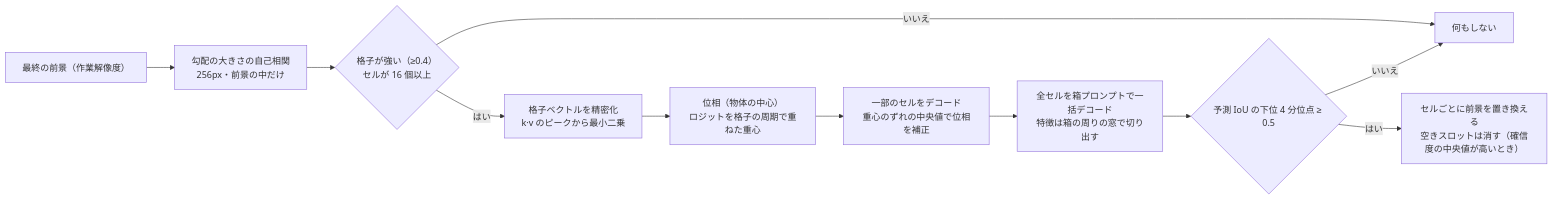
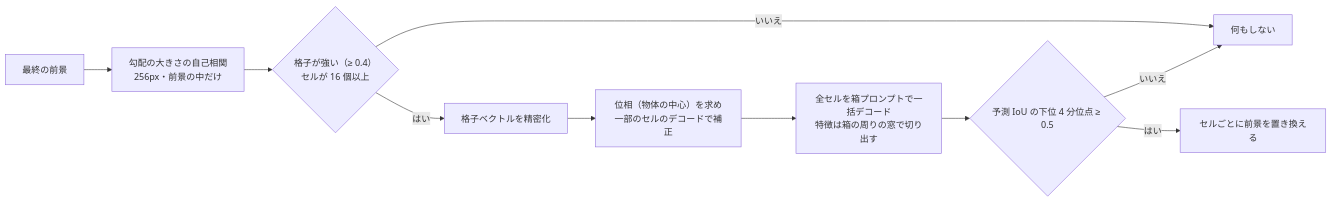
Before and after one commit to fklg-64/pe_anything_detect: the eighth of 8 diagrams in docs/detailed_segmentation.md, drawn with Mermaid. The commit also changed other lines of this file and 85 other files, not shown here.

````diff
--- a/docs/detailed_segmentation.md
+++ b/docs/detailed_segmentation.md
@@ -390,13 +221,12 @@
 ```mermaid
 flowchart LR
-    A["最終の前景（作業解像度）"] --> B["勾配の大きさの自己相関<br/>256px・前景の中だけ"]
-    B --> C{"格子が強い（≥0.4）<br/>セルが 16 個以上"}
+    A["最終の前景"] --> B["勾配の大きさの自己相関<br/>256px・前景の中だけ"]
+    B --> C{"格子が強い（≥ 0.4）<br/>セルが 16 個以上"}
     C -->|いいえ| Z["何もしない"]
-    C -->|はい| D["格子ベクトルを精密化<br/>k·v のピークから最小二乗"]
-    D --> E["位相（物体の中心）<br/>ロジットを格子の周期で重ねた重心"]
-    E --> F["一部のセルをデコード<br/>重心のずれの中央値で位相を補正"]
-    F --> G["全セルを箱プロンプトで一括デコード<br/>特徴は箱の周りの窓で切り出す"]
-    G --> H{"予測 IoU の下位 4 分位点 ≥ 0.5"}
+    C -->|はい| D["格子ベクトルを精密化"]
+    D --> E["位相（物体の中心）を求め<br/>一部のセルのデコードで補正"]
+    E --> F["全セルを箱プロンプトで一括デコード<br/>特徴は箱の周りの窓で切り出す"]
+    F --> H{"予測 IoU の下位 4 分位点 ≥ 0.5"}
     H -->|いいえ| Z
-    H -->|はい| I["セルごとに前景を置き換える<br/>空きスロットは消す（確信度の中央値が高いとき）"]
+    H -->|はい| I["セルごとに前景を置き換える"]
 ```
````
